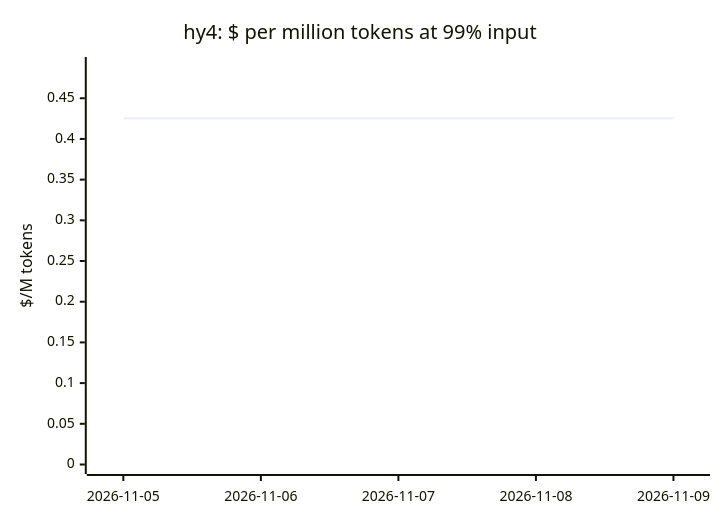
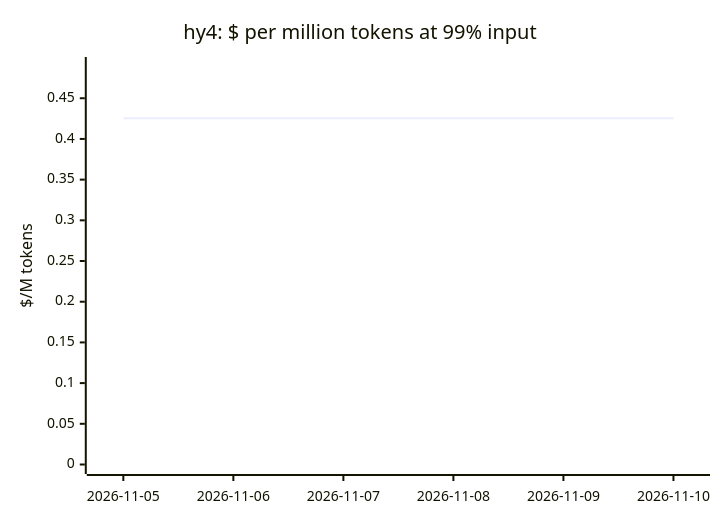
Before and after one commit to cklukas/OMEGA_TRANSFORM: diagram 16 of 19 in docs/openrouter-models.md, drawn with Mermaid. The commit also changed other lines of this file and 49 other files, not shown here.

````diff
--- a/docs/openrouter-models.md
+++ b/docs/openrouter-models.md
@@ -278,7 +276,7 @@
 ```mermaid
 xychart-beta
     title "hy4: $ per million tokens at 99% input"
-    x-axis ["2026-11-05", "2026-11-06", "2026-11-07", "2026-11-08", "2026-11-09"]
+    x-axis ["2026-11-05", "2026-11-06", "2026-11-07", "2026-11-08", "2026-11-09", "2026-11-10"]
     y-axis "$/M tokens" 0 --> 0.489
-    line [0.4254, 0.4254, 0.4254, 0.4254, 0.4254]
+    line [0.4254, 0.4254, 0.4254, 0.4254, 0.4254, 0.4254]
 ```
````
